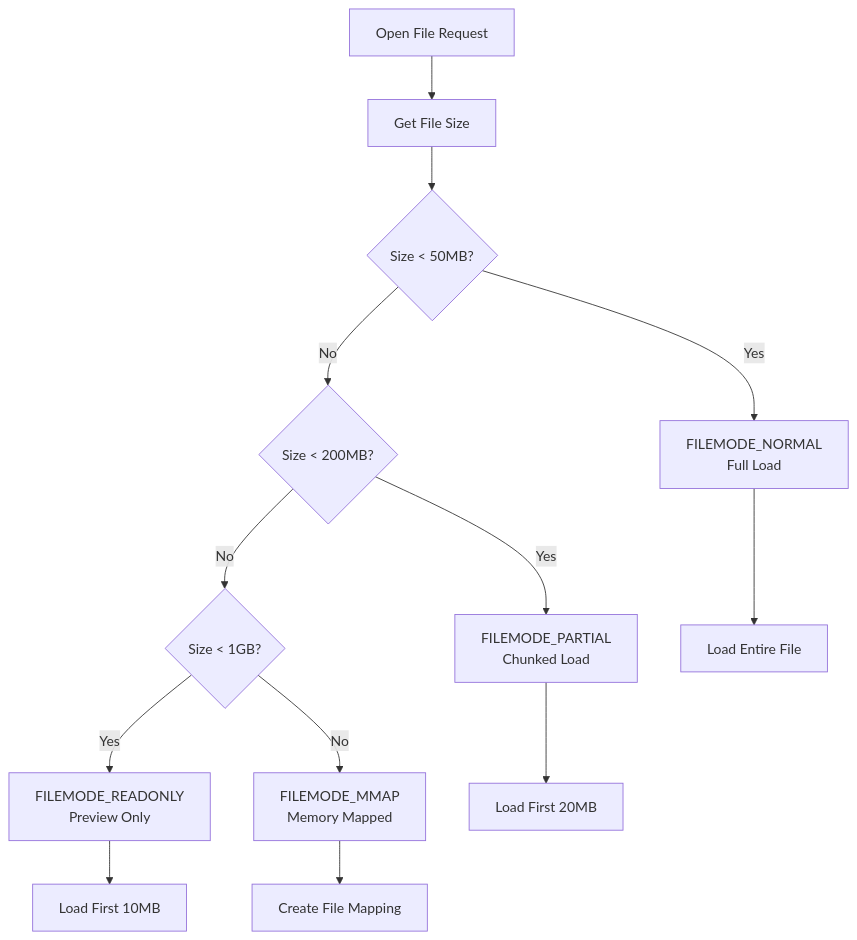
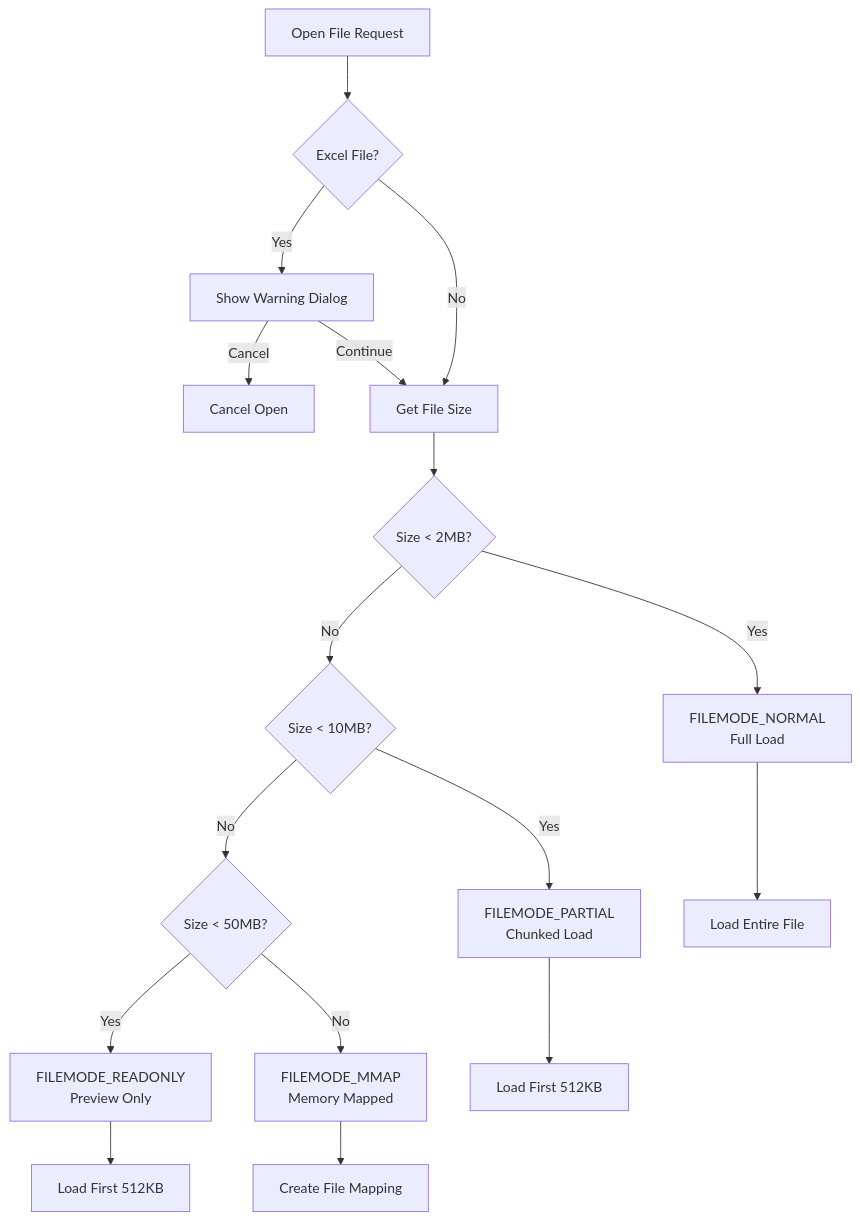
The second of 2 diagrams in .kiro/specs/large-file-performance/design.md (dwirx/noteshades.exe), drawn with Mermaid before and after one commit. The commit also changed 4 other files, not shown here.

````diff
--- a/.kiro/specs/large-file-performance/design.md
+++ b/.kiro/specs/large-file-performance/design.md
@@ -59,16 +59,20 @@
 ```mermaid
 flowchart TD
-    Start[Open File Request] --> GetSize[Get File Size]
-    GetSize --> Check1{Size < 50MB?}
+    Start[Open File Request] --> CheckExcel{Excel File?}
+    CheckExcel -->|Yes| ShowWarning[Show Warning Dialog]
+    ShowWarning -->|Cancel| End[Cancel Open]
+    ShowWarning -->|Continue| GetSize
+    CheckExcel -->|No| GetSize[Get File Size]
+    GetSize --> Check1{Size < 2MB?}
     Check1 -->|Yes| Normal[FILEMODE_NORMAL<br/>Full Load]
-    Check1 -->|No| Check2{Size < 200MB?}
+    Check1 -->|No| Check2{Size < 10MB?}
     Check2 -->|Yes| Partial[FILEMODE_PARTIAL<br/>Chunked Load]
-    Check2 -->|No| Check3{Size < 1GB?}
+    Check2 -->|No| Check3{Size < 50MB?}
     Check3 -->|Yes| ReadOnly[FILEMODE_READONLY<br/>Preview Only]
     Check3 -->|No| MMap[FILEMODE_MMAP<br/>Memory Mapped]
     
     Normal --> LoadFull[Load Entire File]
-    Partial --> LoadChunk[Load First 20MB]
-    ReadOnly --> LoadPreview[Load First 10MB]
+    Partial --> LoadChunk[Load First 512KB]
+    ReadOnly --> LoadPreview[Load First 512KB]
     MMap --> CreateMapping[Create File Mapping]
 ```
````
